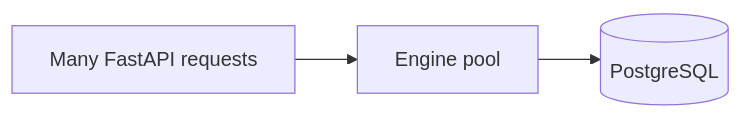
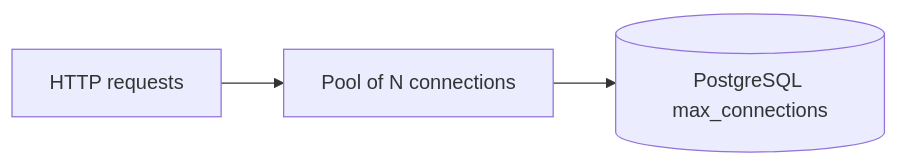
Before and after one commit to SuperPower-ai/StackOneRTM: the diagram in textbook/month-10/week-04/day-05.md, drawn with Mermaid. The commit also changed other lines of this file and 3 other files, not shown here.

````diff
--- a/textbook/month-10/week-04/day-05.md
+++ b/textbook/month-10/week-04/day-05.md
@@ -19,5 +28,5 @@
 ```mermaid
 flowchart LR
-  HTTP[Many FastAPI requests] --> POOL[Engine pool]
-  POOL --> PG[(PostgreSQL)]
+  REQ[HTTP requests] --> POOL[Pool of N connections]
+  POOL --> PG[(PostgreSQL max_connections)]
 ```
````
